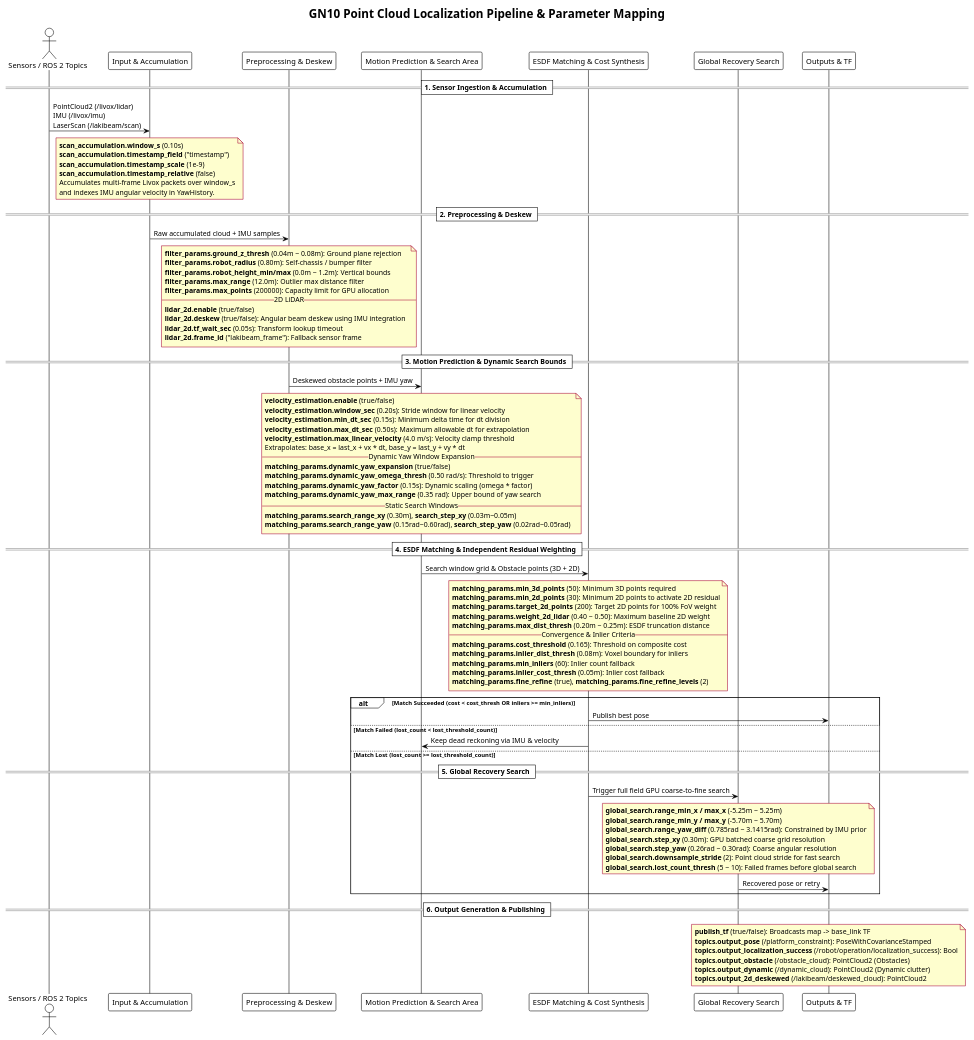
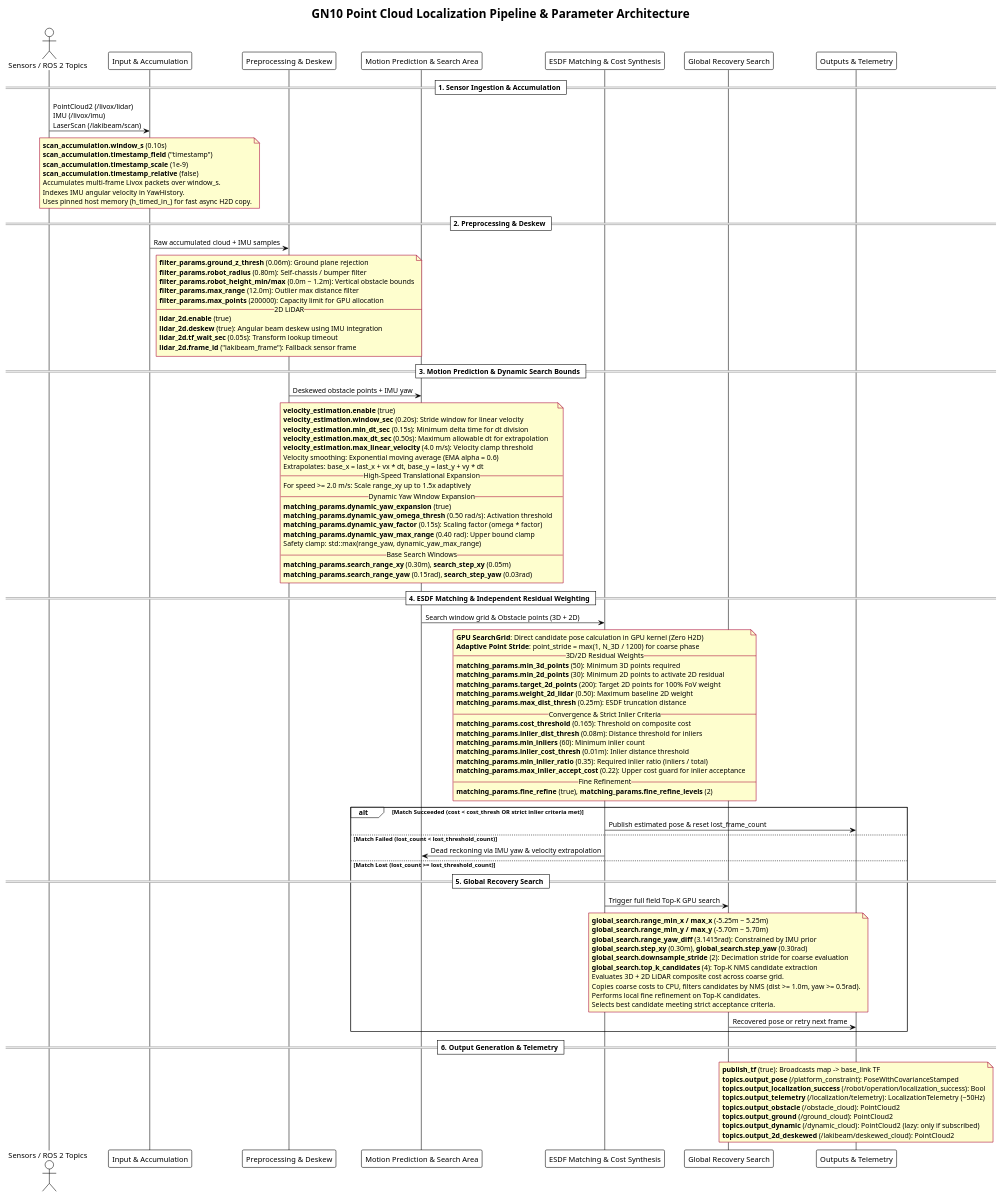
One commit to tmcit-ararobo-2026a/gn10-pointcloud-localization changed the diagram in docs/pipeline_flow_and_parameters.pu. Above: the diagram before and after it, drawn with PlantUML. The commit also changed 13 other files, not shown here.

First line of the commit message:
feat(telemetry): add tuning telemetry topic and refine documentation/PlantUML

```diff
--- a/docs/pipeline_flow_and_parameters.pu
+++ b/docs/pipeline_flow_and_parameters.pu
@@ -1,109 +1,125 @@
 @startuml pipeline_flow_and_parameters
 !theme plain
 skinparam defaultTextAlignment left
 skinparam BoxPadding 10
 skinparam ParticipantPadding 10
 skinparam NoteBackgroundColor #FEFECE
 skinparam NoteBorderColor #A80036
 
-title GN10 Point Cloud Localization Pipeline & Parameter Mapping
+title GN10 Point Cloud Localization Pipeline & Parameter Architecture
 
 actor "Sensors / ROS 2 Topics" as Sensors
 participant "Input & Accumulation" as Stage1
 participant "Preprocessing & Deskew" as Stage2
 participant "Motion Prediction & Search Area" as Stage3
 participant "ESDF Matching & Cost Synthesis" as Stage4
 participant "Global Recovery Search" as Stage5
-participant "Outputs & TF" as Stage6
+participant "Outputs & Telemetry" as Stage6
 
 == 1. Sensor Ingestion & Accumulation ==
 Sensors -> Stage1: PointCloud2 (/livox/lidar)\nIMU (/livox/imu)\nLaserScan (/lakibeam/scan)
 note over Stage1
   **scan_accumulation.window_s** (0.10s)
   **scan_accumulation.timestamp_field** ("timestamp")
   **scan_accumulation.timestamp_scale** (1e-9)
   **scan_accumulation.timestamp_relative** (false)
-  Accumulates multi-frame Livox packets over window_s
-  and indexes IMU angular velocity in YawHistory.
+  Accumulates multi-frame Livox packets over window_s.
+  Indexes IMU angular velocity in YawHistory.
+  Uses pinned host memory (h_timed_in_) for fast async H2D copy.
 end note
 
 == 2. Preprocessing & Deskew ==
 Stage1 -> Stage2: Raw accumulated cloud + IMU samples
 note over Stage2
-  **filter_params.ground_z_thresh** (0.04m ~ 0.08m): Ground plane rejection
+  **filter_params.ground_z_thresh** (0.06m): Ground plane rejection
   **filter_params.robot_radius** (0.80m): Self-chassis / bumper filter
-  **filter_params.robot_height_min/max** (0.0m ~ 1.2m): Vertical bounds
+  **filter_params.robot_height_min/max** (0.0m ~ 1.2m): Vertical obstacle bounds
   **filter_params.max_range** (12.0m): Outlier max distance filter
   **filter_params.max_points** (200000): Capacity limit for GPU allocation
   -- 2D LiDAR --
-  **lidar_2d.enable** (true/false)
-  **lidar_2d.deskew** (true/false): Angular beam deskew using IMU integration
+  **lidar_2d.enable** (true)
+  **lidar_2d.deskew** (true): Angular beam deskew using IMU integration
   **lidar_2d.tf_wait_sec** (0.05s): Transform lookup timeout
   **lidar_2d.frame_id** ("lakibeam_frame"): Fallback sensor frame
 end note
 
 == 3. Motion Prediction & Dynamic Search Bounds ==
 Stage2 -> Stage3: Deskewed obstacle points + IMU yaw
 note over Stage3
-  **velocity_estimation.enable** (true/false)
+  **velocity_estimation.enable** (true)
   **velocity_estimation.window_sec** (0.20s): Stride window for linear velocity
   **velocity_estimation.min_dt_sec** (0.15s): Minimum delta time for dt division
   **velocity_estimation.max_dt_sec** (0.50s): Maximum allowable dt for extrapolation
   **velocity_estimation.max_linear_velocity** (4.0 m/s): Velocity clamp threshold
+  Velocity smoothing: Exponential moving average (EMA alpha = 0.6)
   Extrapolates: base_x = last_x + vx * dt, base_y = last_y + vy * dt
+  -- High-Speed Translational Expansion --
+  For speed >= 2.0 m/s: Scale range_xy up to 1.5x adaptively
   -- Dynamic Yaw Window Expansion --
-  **matching_params.dynamic_yaw_expansion** (true/false)
-  **matching_params.dynamic_yaw_omega_thresh** (0.50 rad/s): Threshold to trigger
-  **matching_params.dynamic_yaw_factor** (0.15s): Dynamic scaling (omega * factor)
-  **matching_params.dynamic_yaw_max_range** (0.35 rad): Upper bound of yaw search
-  -- Static Search Windows --
-  **matching_params.search_range_xy** (0.30m), **search_step_xy** (0.03m~0.05m)
-  **matching_params.search_range_yaw** (0.15rad~0.60rad), **search_step_yaw** (0.02rad~0.05rad)
+  **matching_params.dynamic_yaw_expansion** (true)
+  **matching_params.dynamic_yaw_omega_thresh** (0.50 rad/s): Activation threshold
+  **matching_params.dynamic_yaw_factor** (0.15s): Scaling factor (omega * factor)
+  **matching_params.dynamic_yaw_max_range** (0.40 rad): Upper bound clamp
+  Safety clamp: std::max(range_yaw, dynamic_yaw_max_range)
+  -- Base Search Windows --
+  **matching_params.search_range_xy** (0.30m), **search_step_xy** (0.05m)
+  **matching_params.search_range_yaw** (0.15rad), **search_step_yaw** (0.03rad)
 end note
 
 == 4. ESDF Matching & Independent Residual Weighting ==
 Stage3 -> Stage4: Search window grid & Obstacle points (3D + 2D)
 note over Stage4
+  **GPU SearchGrid**: Direct candidate pose calculation in GPU kernel (Zero H2D)
+  **Adaptive Point Stride**: point_stride = max(1, N_3D / 1200) for coarse phase
+  -- 3D/2D Residual Weights --
   **matching_params.min_3d_points** (50): Minimum 3D points required
   **matching_params.min_2d_points** (30): Minimum 2D points to activate 2D residual
   **matching_params.target_2d_points** (200): Target 2D points for 100% FoV weight
-  **matching_params.weight_2d_lidar** (0.40 ~ 0.50): Maximum baseline 2D weight
-  **matching_params.max_dist_thresh** (0.20m ~ 0.25m): ESDF truncation distance
-  -- Convergence & Inlier Criteria --
+  **matching_params.weight_2d_lidar** (0.50): Maximum baseline 2D weight
+  **matching_params.max_dist_thresh** (0.25m): ESDF truncation distance
+  -- Convergence & Strict Inlier Criteria --
   **matching_params.cost_threshold** (0.165): Threshold on composite cost
-  **matching_params.inlier_dist_thresh** (0.08m): Voxel boundary for inliers
-  **matching_params.min_inliers** (60): Inlier count fallback
-  **matching_params.inlier_cost_thresh** (0.05m): Inlier cost fallback
+  **matching_params.inlier_dist_thresh** (0.08m): Distance threshold for inliers
+  **matching_params.min_inliers** (60): Minimum inlier count
+  **matching_params.inlier_cost_thresh** (0.01m): Inlier distance threshold
+  **matching_params.min_inlier_ratio** (0.35): Required inlier ratio (inliers / total)
+  **matching_params.max_inlier_accept_cost** (0.22): Upper cost guard for inlier acceptance
+  -- Fine Refinement --
   **matching_params.fine_refine** (true), **matching_params.fine_refine_levels** (2)
 end note
 
-alt Match Succeeded (cost < cost_thresh OR inliers >= min_inliers)
-  Stage4 -> Stage6: Publish best pose
+alt Match Succeeded (cost < cost_thresh OR strict inlier criteria met)
+  Stage4 -> Stage6: Publish estimated pose & reset lost_frame_count
 else Match Failed (lost_count < lost_threshold_count)
-  Stage4 -> Stage3: Keep dead reckoning via IMU & velocity
+  Stage4 -> Stage3: Dead reckoning via IMU yaw & velocity extrapolation
 else Match Lost (lost_count >= lost_threshold_count)
   == 5. Global Recovery Search ==
-  Stage4 -> Stage5: Trigger full field GPU coarse-to-fine search
+  Stage4 -> Stage5: Trigger full field Top-K GPU search
   note over Stage5
     **global_search.range_min_x / max_x** (-5.25m ~ 5.25m)
     **global_search.range_min_y / max_y** (-5.70m ~ 5.70m)
-    **global_search.range_yaw_diff** (0.785rad ~ 3.1415rad): Constrained by IMU prior
-    **global_search.step_xy** (0.30m): GPU batched coarse grid resolution
-    **global_search.step_yaw** (0.26rad ~ 0.30rad): Coarse angular resolution
-    **global_search.downsample_stride** (2): Point cloud stride for fast search
-    **global_search.lost_count_thresh** (5 ~ 10): Failed frames before global search
+    **global_search.range_yaw_diff** (3.1415rad): Constrained by IMU prior
+    **global_search.step_xy** (0.30m), **global_search.step_yaw** (0.30rad)
+    **global_search.downsample_stride** (2): Decimation stride for coarse evaluation
+    **global_search.top_k_candidates** (4): Top-K NMS candidate extraction
+    Evaluates 3D + 2D LiDAR composite cost across coarse grid.
+    Copies coarse costs to CPU, filters candidates by NMS (dist >= 1.0m, yaw >= 0.5rad).
+    Performs local fine refinement on Top-K candidates.
+    Selects best candidate meeting strict acceptance criteria.
   end note
-  Stage5 -> Stage6: Recovered pose or retry
+  Stage5 -> Stage6: Recovered pose or retry next frame
 end
 
-== 6. Output Generation & Publishing ==
+== 6. Output Generation & Telemetry ==
 note over Stage6
-  **publish_tf** (true/false): Broadcasts map -> base_link TF
+  **publish_tf** (true): Broadcasts map -> base_link TF
   **topics.output_pose** (/platform_constraint): PoseWithCovarianceStamped
   **topics.output_localization_success** (/robot/operation/localization_success): Bool
-  **topics.output_obstacle** (/obstacle_cloud): PointCloud2 (Obstacles)
-  **topics.output_dynamic** (/dynamic_cloud): PointCloud2 (Dynamic clutter)
+  **topics.output_telemetry** (/localization/telemetry): LocalizationTelemetry (~50Hz)
+  **topics.output_obstacle** (/obstacle_cloud): PointCloud2
+  **topics.output_ground** (/ground_cloud): PointCloud2
+  **topics.output_dynamic** (/dynamic_cloud): PointCloud2 (lazy: only if subscribed)
   **topics.output_2d_deskewed** (/lakibeam/deskewed_cloud): PointCloud2
 end note
 
 @enduml
```
